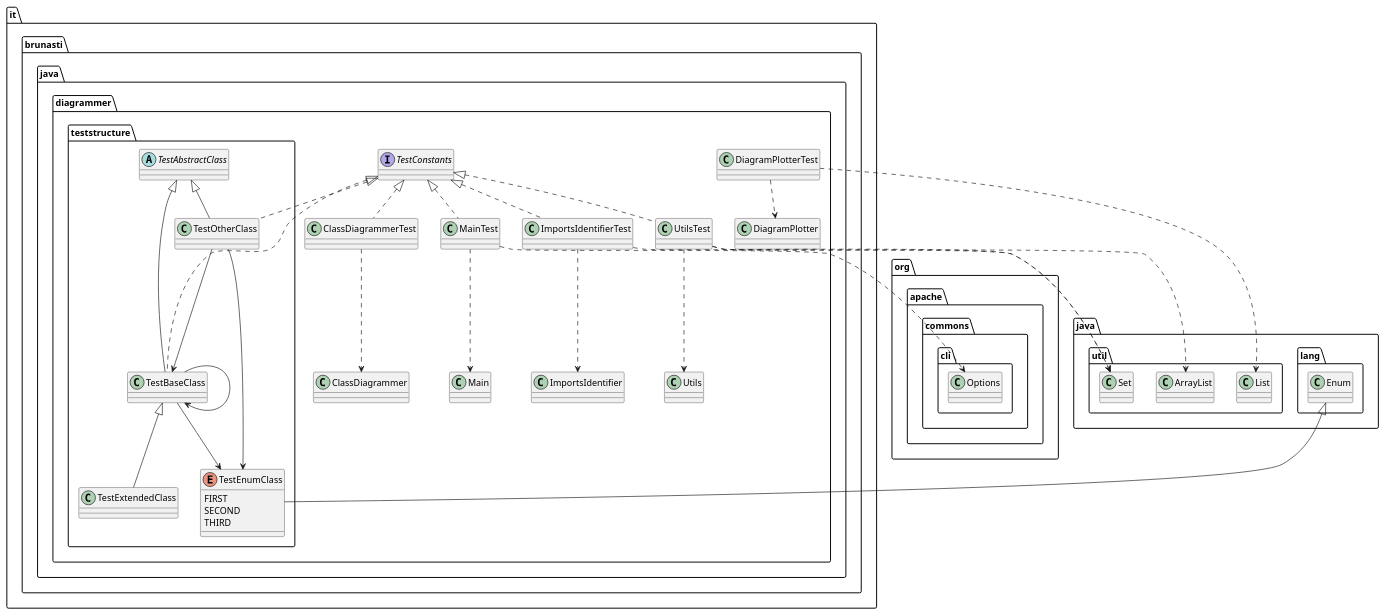
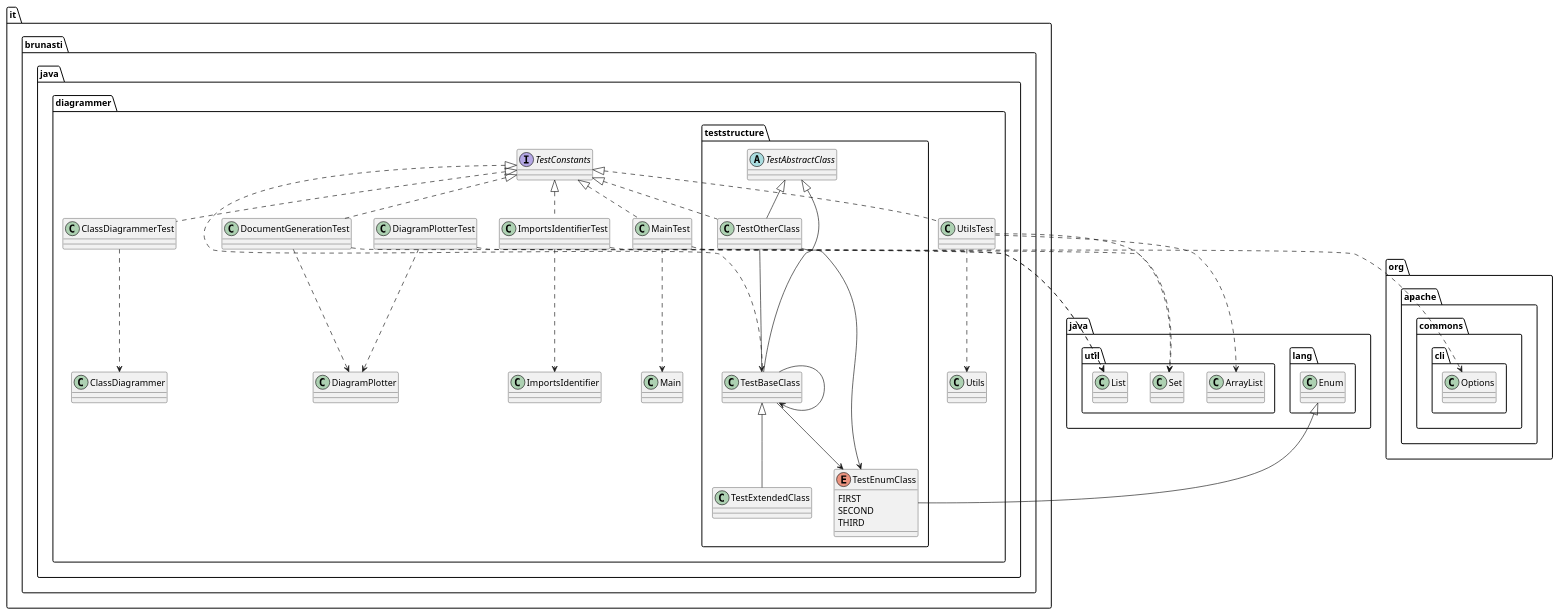
The diagram in docs/output-test.puml (brunasti/java-diagrammer), drawn with PlantUML before and after one commit. The commit also changed 10 other files, not shown here.

Commit message:
Automatically regenerate documentation diagrams during tests

```diff
--- a/docs/output-test.puml
+++ b/docs/output-test.puml
@@ -1,65 +1,69 @@
 @startuml
 'https://plantuml.com/class-diagram
 
 ' GENERATE CLASS DIAGRAM ===========
 ' Generator       : it.brunasti.java.diagrammer.ClassDiagrammer
 ' Path            : [./target/test-classes]
 ' Configuration   : []
-' Generated at    : Tue Apr 02 10:16:12 CEST 2024
+' Generated at    : Tue Apr 02 10:39:18 CEST 2024
 
 
 
 ' CLASSES =======
 class it.brunasti.java.diagrammer.ClassDiagrammerTest
 class it.brunasti.java.diagrammer.UtilsTest
 interface it.brunasti.java.diagrammer.TestConstants
 class it.brunasti.java.diagrammer.ImportsIdentifierTest
 class it.brunasti.java.diagrammer.DiagramPlotterTest
 abstract it.brunasti.java.diagrammer.teststructure.TestAbstractClass
 class it.brunasti.java.diagrammer.teststructure.TestBaseClass
 enum it.brunasti.java.diagrammer.teststructure.TestEnumClass{
   FIRST
   SECOND
   THIRD
 }
 class it.brunasti.java.diagrammer.teststructure.TestExtendedClass
 class it.brunasti.java.diagrammer.teststructure.TestOtherClass
 class it.brunasti.java.diagrammer.MainTest
+class it.brunasti.java.diagrammer.DocumentGenerationTest
 
 ' INHERITANCES =======
 it.brunasti.java.diagrammer.teststructure.TestAbstractClass <|-- it.brunasti.java.diagrammer.teststructure.TestBaseClass
 java.lang.Enum <|-- it.brunasti.java.diagrammer.teststructure.TestEnumClass
 it.brunasti.java.diagrammer.teststructure.TestBaseClass <|-- it.brunasti.java.diagrammer.teststructure.TestExtendedClass
 it.brunasti.java.diagrammer.teststructure.TestAbstractClass <|-- it.brunasti.java.diagrammer.teststructure.TestOtherClass
 
 ' IMPLEMENT INTERFACE =======
 it.brunasti.java.diagrammer.TestConstants <|.. it.brunasti.java.diagrammer.ClassDiagrammerTest
 it.brunasti.java.diagrammer.TestConstants <|.. it.brunasti.java.diagrammer.UtilsTest
 it.brunasti.java.diagrammer.TestConstants <|.. it.brunasti.java.diagrammer.ImportsIdentifierTest
 it.brunasti.java.diagrammer.TestConstants <|.. it.brunasti.java.diagrammer.teststructure.TestBaseClass
 it.brunasti.java.diagrammer.TestConstants <|.. it.brunasti.java.diagrammer.teststructure.TestOtherClass
 it.brunasti.java.diagrammer.TestConstants <|.. it.brunasti.java.diagrammer.MainTest
+it.brunasti.java.diagrammer.TestConstants <|.. it.brunasti.java.diagrammer.DocumentGenerationTest
 
 ' FIELDS =======
 it.brunasti.java.diagrammer.teststructure.TestBaseClass --> it.brunasti.java.diagrammer.teststructure.TestBaseClass
 it.brunasti.java.diagrammer.teststructure.TestBaseClass --> it.brunasti.java.diagrammer.teststructure.TestEnumClass
 it.brunasti.java.diagrammer.teststructure.TestOtherClass --> it.brunasti.java.diagrammer.teststructure.TestBaseClass
 it.brunasti.java.diagrammer.teststructure.TestOtherClass --> it.brunasti.java.diagrammer.teststructure.TestEnumClass
 
 ' USES =======
 it.brunasti.java.diagrammer.ClassDiagrammerTest ..> it.brunasti.java.diagrammer.ClassDiagrammer
 it.brunasti.java.diagrammer.UtilsTest ..> it.brunasti.java.diagrammer.Utils
 it.brunasti.java.diagrammer.UtilsTest ..> java.util.Set
 it.brunasti.java.diagrammer.UtilsTest ..> java.util.ArrayList
 it.brunasti.java.diagrammer.ImportsIdentifierTest ..> java.util.Set
 it.brunasti.java.diagrammer.ImportsIdentifierTest ..> it.brunasti.java.diagrammer.ImportsIdentifier
+it.brunasti.java.diagrammer.DiagramPlotterTest ..> java.util.List
 it.brunasti.java.diagrammer.DiagramPlotterTest ..> it.brunasti.java.diagrammer.DiagramPlotter
-it.brunasti.java.diagrammer.DiagramPlotterTest ..> java.util.List
 it.brunasti.java.diagrammer.MainTest ..> it.brunasti.java.diagrammer.Main
 it.brunasti.java.diagrammer.MainTest ..> org.apache.commons.cli.Options
+it.brunasti.java.diagrammer.DocumentGenerationTest ..> java.util.List
+it.brunasti.java.diagrammer.DocumentGenerationTest ..> it.brunasti.java.diagrammer.DiagramPlotter
 
 ' IMPORTS =======
 ' Java Files Path : 
 
 
 @enduml
```
